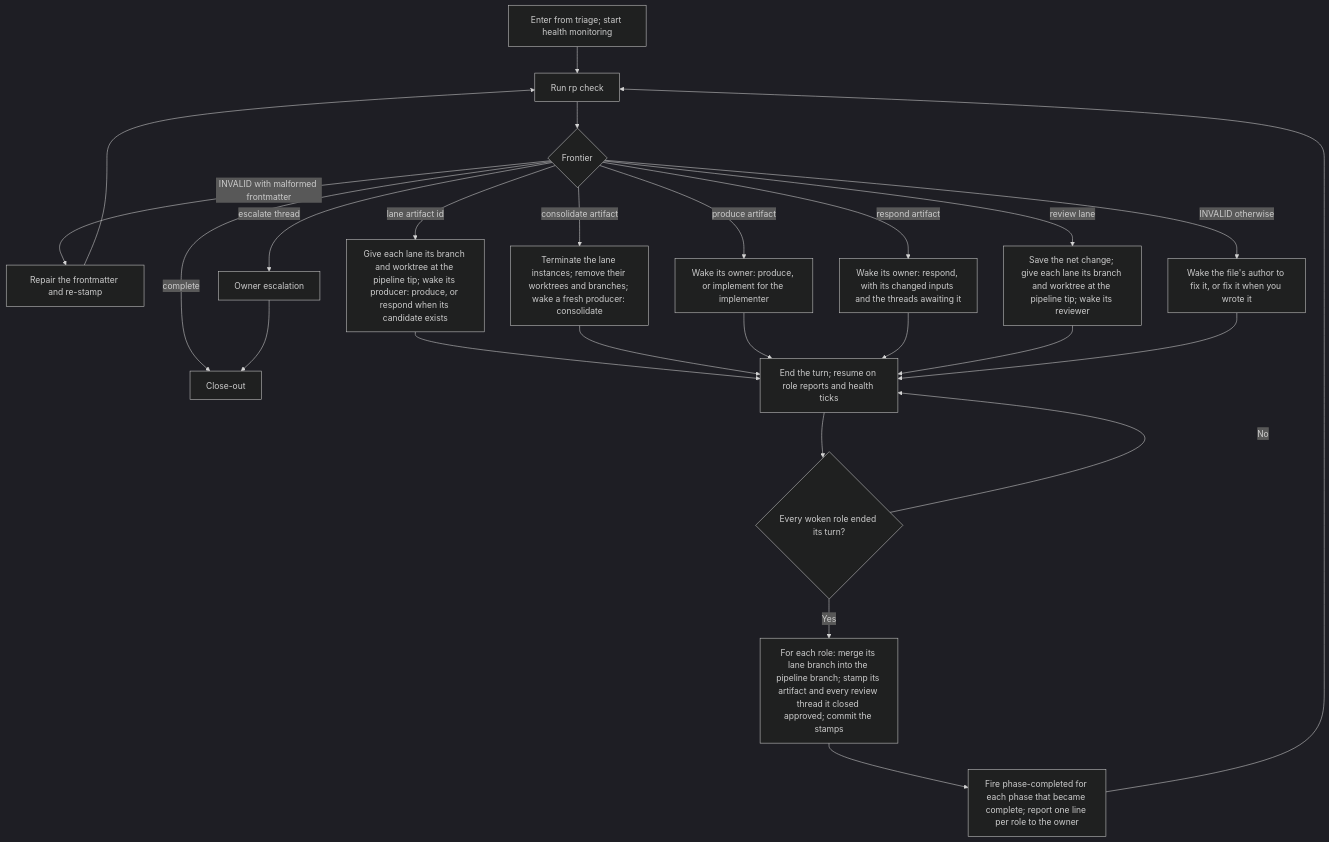
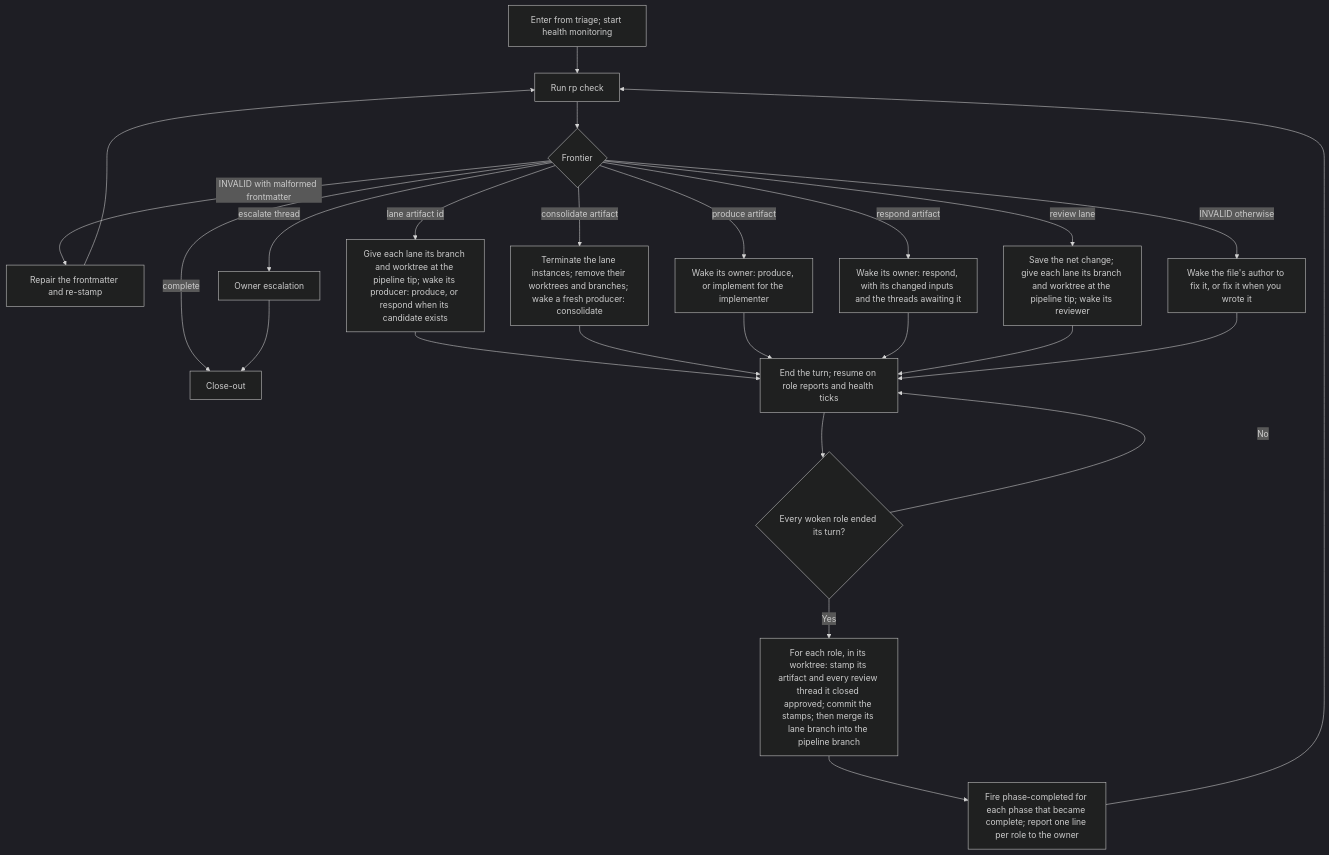
One commit to Automattic/radical-pipelines changed the diagram in docs/flowcharts/loop.md. Above: the diagram before and after it, drawn with Mermaid (dark theme). The commit also changed 6 other files, not shown here.

Commit message:
Pin from the artifact's commit, locate edits in the net change id, and read merged pipelines from the base branch (assisted)

````diff
--- a/docs/flowcharts/loop.md
+++ b/docs/flowcharts/loop.md
@@ -5,27 +5,27 @@
 ```mermaid
 flowchart TD
     START["Enter from triage; start health monitoring"] --> A["Run rp check"]
     A --> C{"Frontier"}
     C -->|INVALID with malformed frontmatter| FM["Repair the frontmatter and re-stamp"]
     C -->|INVALID otherwise| AUTHOR["Wake the file's author to fix it, or fix it when you wrote it"]
     C -->|escalate thread| OE["Owner escalation"]
     C -->|lane artifact id| LANE["Give each lane its branch and worktree at the pipeline tip; wake its producer: produce, or respond when its candidate exists"]
     C -->|consolidate artifact| CON["Terminate the lane instances; remove their worktrees and branches; wake a fresh producer: consolidate"]
     C -->|produce artifact| PRODUCE["Wake its owner: produce, or implement for the implementer"]
     C -->|respond artifact| RESPOND["Wake its owner: respond, with its changed inputs and the threads awaiting it"]
     C -->|review lane| REVIEW["Save the net change; give each lane its branch and worktree at the pipeline tip; wake its reviewer"]
     C -->|complete| CLOSE["Close-out"]
     OE --> CLOSE
     FM --> A
     LANE --> WAIT
     CON --> WAIT
     PRODUCE --> WAIT
     RESPOND --> WAIT
     REVIEW --> WAIT
     AUTHOR --> WAIT
     WAIT["End the turn; resume on role reports and health ticks"] --> ENDED{"Every woken role ended its turn?"}
     ENDED -->|No| WAIT
-    ENDED -->|Yes| LAND["For each role: merge its lane branch into the pipeline branch; stamp its artifact and every review thread it closed approved; commit the stamps"]
+    ENDED -->|Yes| LAND["For each role, in its worktree: stamp its artifact and every review thread it closed approved; commit the stamps; then merge its lane branch into the pipeline branch"]
     LAND --> PC["Fire phase-completed for each phase that became complete; report one line per role to the owner"]
     PC --> A
 ```
````
